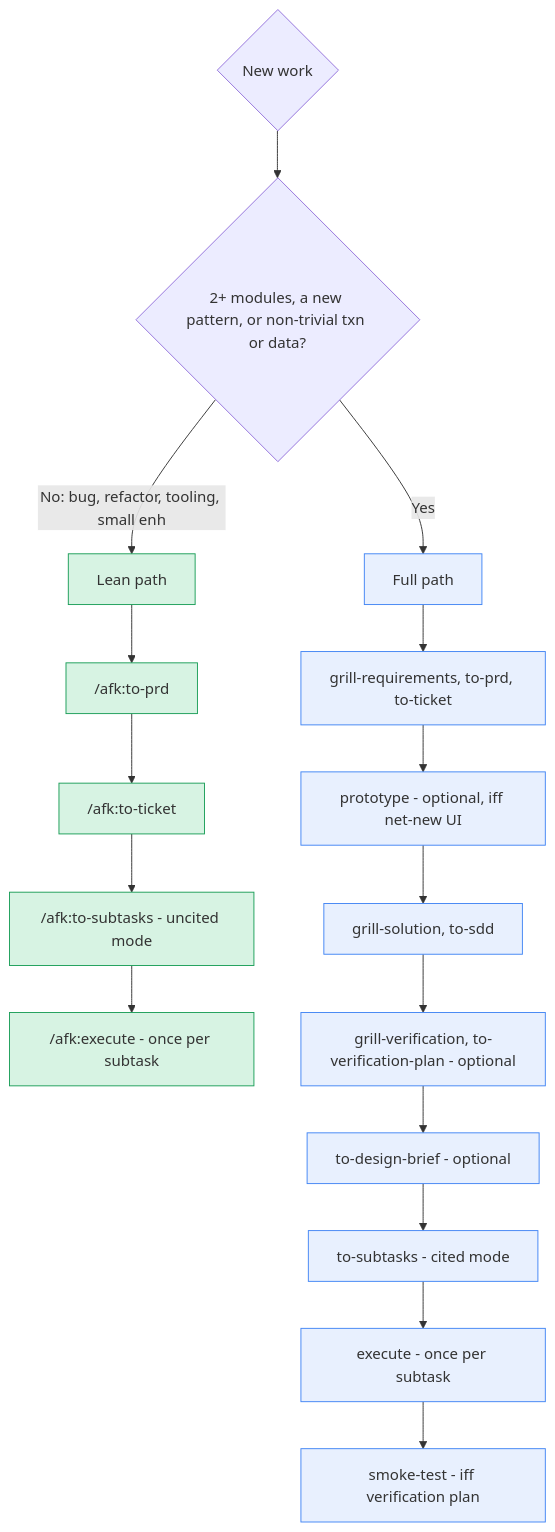
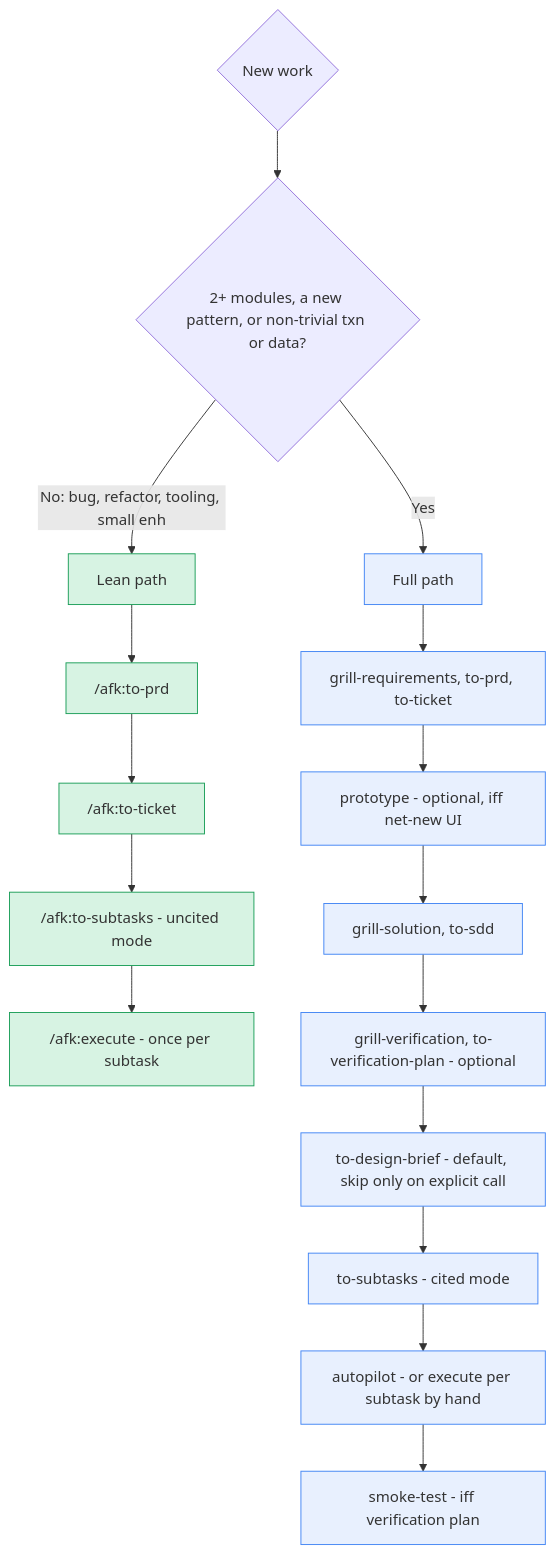
One commit to midnightblur/afk-driver changed the fourth of 6 diagrams in README.md. Above: the diagram before and after it, drawn with Mermaid. The commit also changed other lines of this file and 26 other files, not shown here.

````diff
--- a/README.md
+++ b/README.md
@@ -336,25 +350,25 @@
 ```mermaid
 graph TD
     A{New work} --> B{2+ modules, a new pattern, or non-trivial txn or data?}
     B -->|No: bug, refactor, tooling, small enh| LEAN[Lean path]
     B -->|Yes| FULL[Full path]
 
     LEAN --> L1["/afk:to-prd"]
     L1 --> L2["/afk:to-ticket"]
     L2 --> L3["/afk:to-subtasks - uncited mode"]
     L3 --> L4["/afk:execute - once per subtask"]
 
     FULL --> F1["grill-requirements, to-prd, to-ticket"]
     F1 --> FP["prototype - optional, iff net-new UI"]
     FP --> F2["grill-solution, to-sdd"]
     F2 --> F3["grill-verification, to-verification-plan - optional"]
-    F3 --> F4["to-design-brief - optional"]
+    F3 --> F4["to-design-brief - default, skip only on explicit call"]
     F4 --> F5["to-subtasks - cited mode"]
-    F5 --> F6["execute - once per subtask"]
+    F5 --> F6["autopilot - or execute per subtask by hand"]
     F6 --> F7["smoke-test - iff verification plan"]
 
     classDef lean fill:#d7f3e3,stroke:#1b9e58;
     classDef full fill:#e8f0fe,stroke:#4285f4;
     class LEAN,L1,L2,L3,L4 lean;
     class FULL,F1,FP,F2,F3,F4,F5,F6,F7 full;
 ```
````
